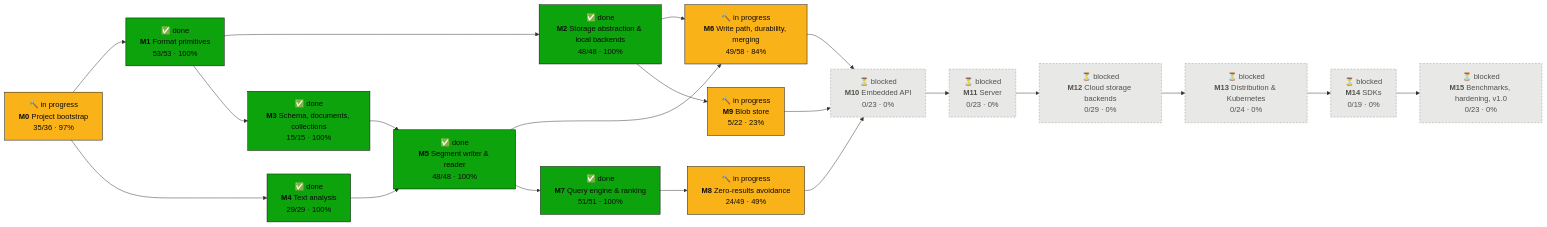
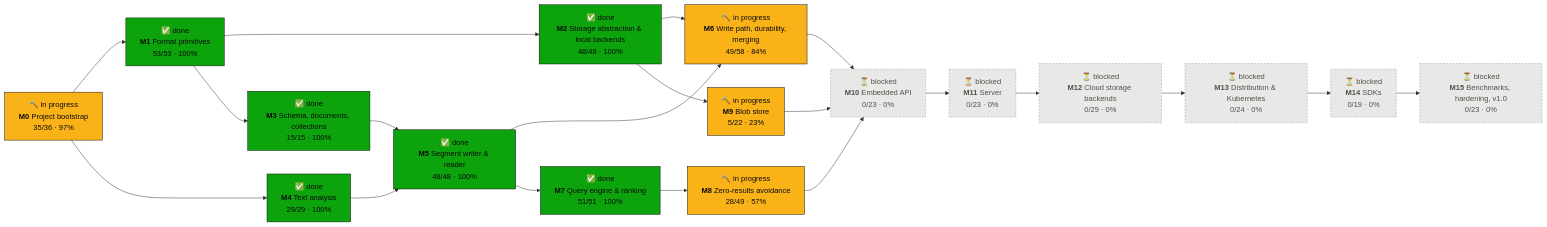
One commit to tomiok/persiaDB changed the first of 2 diagrams in PROGRESS.md. Above: the diagram before and after it, drawn with Mermaid. The commit also changed other lines of this file and 25 other files, not shown here.

````diff
--- a/PROGRESS.md
+++ b/PROGRESS.md
@@ -16,42 +16,42 @@
 ```mermaid
 flowchart LR
   M0["🔨 in progress<br/><b>M0</b> Project bootstrap<br/>35/36 · 97%"]:::doing
   M1["✅ done<br/><b>M1</b> Format primitives<br/>53/53 · 100%"]:::done
   M2["✅ done<br/><b>M2</b> Storage abstraction & local backends<br/>48/48 · 100%"]:::done
   M3["✅ done<br/><b>M3</b> Schema, documents, collections<br/>15/15 · 100%"]:::done
   M4["✅ done<br/><b>M4</b> Text analysis<br/>29/29 · 100%"]:::done
   M5["✅ done<br/><b>M5</b> Segment writer & reader<br/>48/48 · 100%"]:::done
   M6["🔨 in progress<br/><b>M6</b> Write path, durability, merging<br/>49/58 · 84%"]:::doing
   M7["✅ done<br/><b>M7</b> Query engine & ranking<br/>51/51 · 100%"]:::done
-  M8["🔨 in progress<br/><b>M8</b> Zero-results avoidance<br/>24/49 · 49%"]:::doing
+  M8["🔨 in progress<br/><b>M8</b> Zero-results avoidance<br/>28/49 · 57%"]:::doing
   M9["🔨 in progress<br/><b>M9</b> Blob store<br/>5/22 · 23%"]:::doing
   M10["⏳ blocked<br/><b>M10</b> Embedded API<br/>0/23 · 0%"]:::blocked
   M11["⏳ blocked<br/><b>M11</b> Server<br/>0/23 · 0%"]:::blocked
   M12["⏳ blocked<br/><b>M12</b> Cloud storage backends<br/>0/29 · 0%"]:::blocked
   M13["⏳ blocked<br/><b>M13</b> Distribution & Kubernetes<br/>0/24 · 0%"]:::blocked
   M14["⏳ blocked<br/><b>M14</b> SDKs<br/>0/19 · 0%"]:::blocked
   M15["⏳ blocked<br/><b>M15</b> Benchmarks, hardening, v1.0<br/>0/23 · 0%"]:::blocked
   M0 --> M1
   M1 --> M2
   M1 --> M3
   M0 --> M4
   M3 --> M5
   M4 --> M5
   M2 --> M6
   M5 --> M6
   M5 --> M7
   M7 --> M8
   M2 --> M9
   M6 --> M10
   M8 --> M10
   M9 --> M10
   M10 --> M11
   M11 --> M12
   M12 --> M13
   M13 --> M14
   M14 --> M15
   classDef done fill:#0ca30c,stroke:#0b0b0b,color:#0b0b0b
   classDef doing fill:#fab219,stroke:#0b0b0b,color:#0b0b0b
   classDef ready fill:#fcfcfb,stroke:#0b0b0b,stroke-width:2px,color:#0b0b0b
   classDef blocked fill:#e8e8e6,stroke:#9a9a96,stroke-dasharray:4 3,color:#52514e
 ```
````
